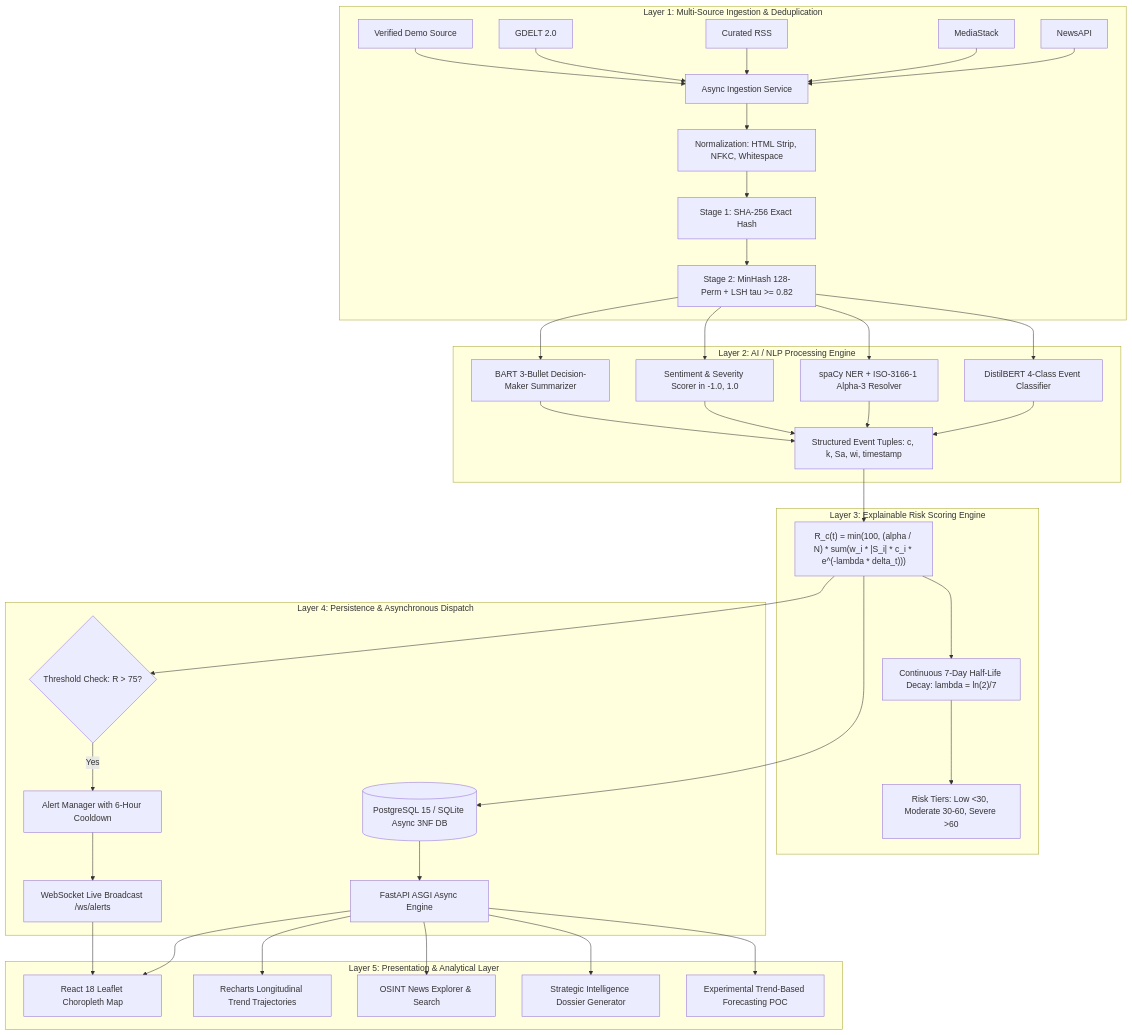
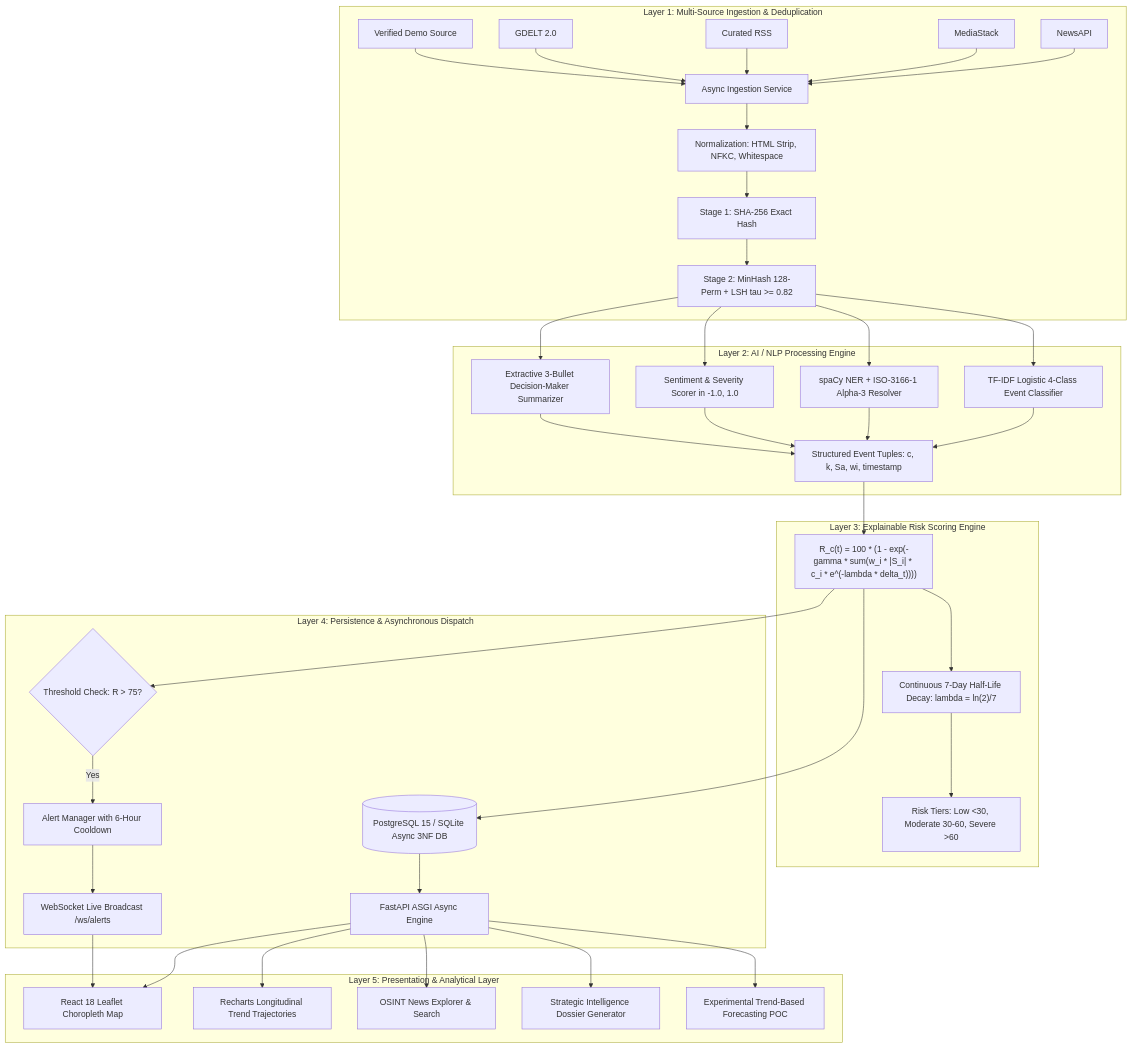
The diagram in docs/architecture.md (praneeet/geosentinel-ai), drawn with Mermaid before and after one commit. The commit also changed 31 other files, not shown here.

Commit message:
feat: implement core backend, database schema, and NLP risk-scoring pipeline

````diff
--- a/docs/architecture.md
+++ b/docs/architecture.md
@@ -12,39 +12,39 @@
 ```mermaid
 graph TD
     subgraph "Layer 1: Multi-Source Ingestion & Deduplication"
         A1[NewsAPI] & A2[MediaStack] & A3[Curated RSS] & A4[GDELT 2.0] & A5[Verified Demo Source] --> B[Async Ingestion Service]
         B --> C[Normalization: HTML Strip, NFKC, Whitespace]
         C --> D[Stage 1: SHA-256 Exact Hash]
         D --> E[Stage 2: MinHash 128-Perm + LSH tau >= 0.82]
     end
 
     subgraph "Layer 2: AI / NLP Processing Engine"
-        E --> F1[DistilBERT 4-Class Event Classifier]
+        E --> F1[TF-IDF Logistic 4-Class Event Classifier]
         E --> F2[spaCy NER + ISO-3166-1 Alpha-3 Resolver]
         E --> F3[Sentiment & Severity Scorer in -1.0, 1.0]
-        E --> F4[BART 3-Bullet Decision-Maker Summarizer]
+        E --> F4[Extractive 3-Bullet Decision-Maker Summarizer]
         F1 & F2 & F3 & F4 --> G[Structured Event Tuples: c, k, Sa, wi, timestamp]
     end
 
     subgraph "Layer 3: Explainable Risk Scoring Engine"
-        G --> H["R_c(t) = min(100, (alpha / N) * sum(w_i * |S_i| * c_i * e^(-lambda * delta_t)))"]
+        G --> H["R_c(t) = 100 * (1 - exp(-gamma * sum(w_i * |S_i| * c_i * e^(-lambda * delta_t))))"]
         H --> I["Continuous 7-Day Half-Life Decay: lambda = ln(2)/7"]
         I --> J[Risk Tiers: Low <30, Moderate 30-60, Severe >60]
     end
 
     subgraph "Layer 4: Persistence & Asynchronous Dispatch"
         H --> K[(PostgreSQL 15 / SQLite Async 3NF DB)]
         H --> L{Threshold Check: R > 75?}
         L -- Yes --> M[Alert Manager with 6-Hour Cooldown]
         M --> N[WebSocket Live Broadcast /ws/alerts]
         K --> O[FastAPI ASGI Async Engine]
     end
 
     subgraph "Layer 5: Presentation & Analytical Layer"
         O & N --> P[React 18 Leaflet Choropleth Map]
         O --> Q[Recharts Longitudinal Trend Trajectories]
         O --> R[OSINT News Explorer & Search]
         O --> S[Strategic Intelligence Dossier Generator]
         O --> T[Experimental Trend-Based Forecasting POC]
     end
 ```
````
